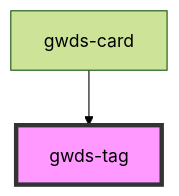
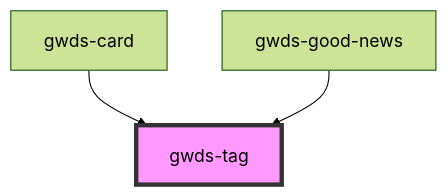
Before and after one commit to bsastregx/gwds-stenciljs: the diagram in src/components/gwds-tag/readme.md, drawn with Mermaid (forest theme). The commit also changed other lines of this file and 7898 other files, not shown here.

````diff
--- a/src/components/gwds-tag/readme.md
+++ b/src/components/gwds-tag/readme.md
@@ -23,5 +25,6 @@
 ```mermaid
 graph TD;
   gwds-card --> gwds-tag
+  gwds-good-news --> gwds-tag
   style gwds-tag fill:#f9f,stroke:#333,stroke-width:4px
 ```
````
